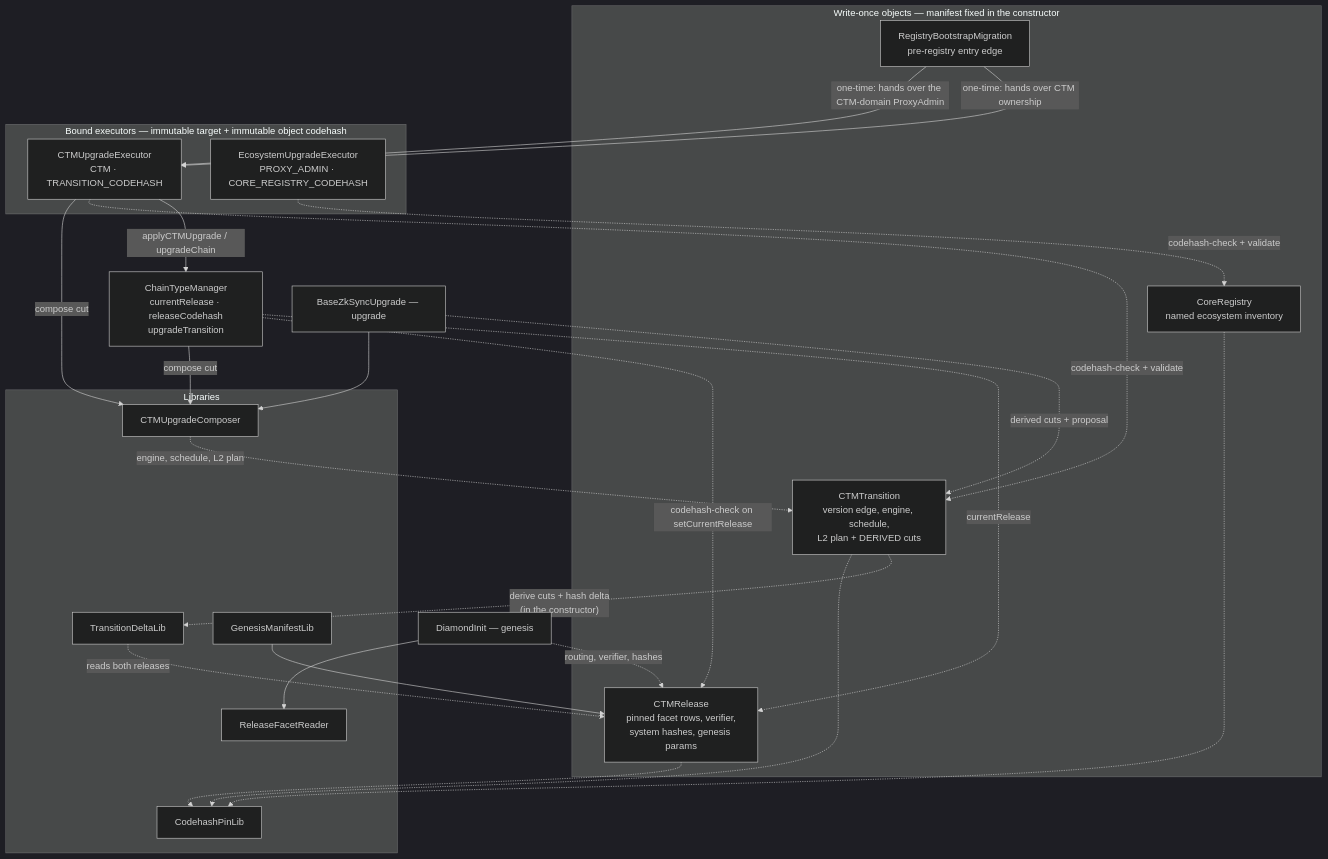
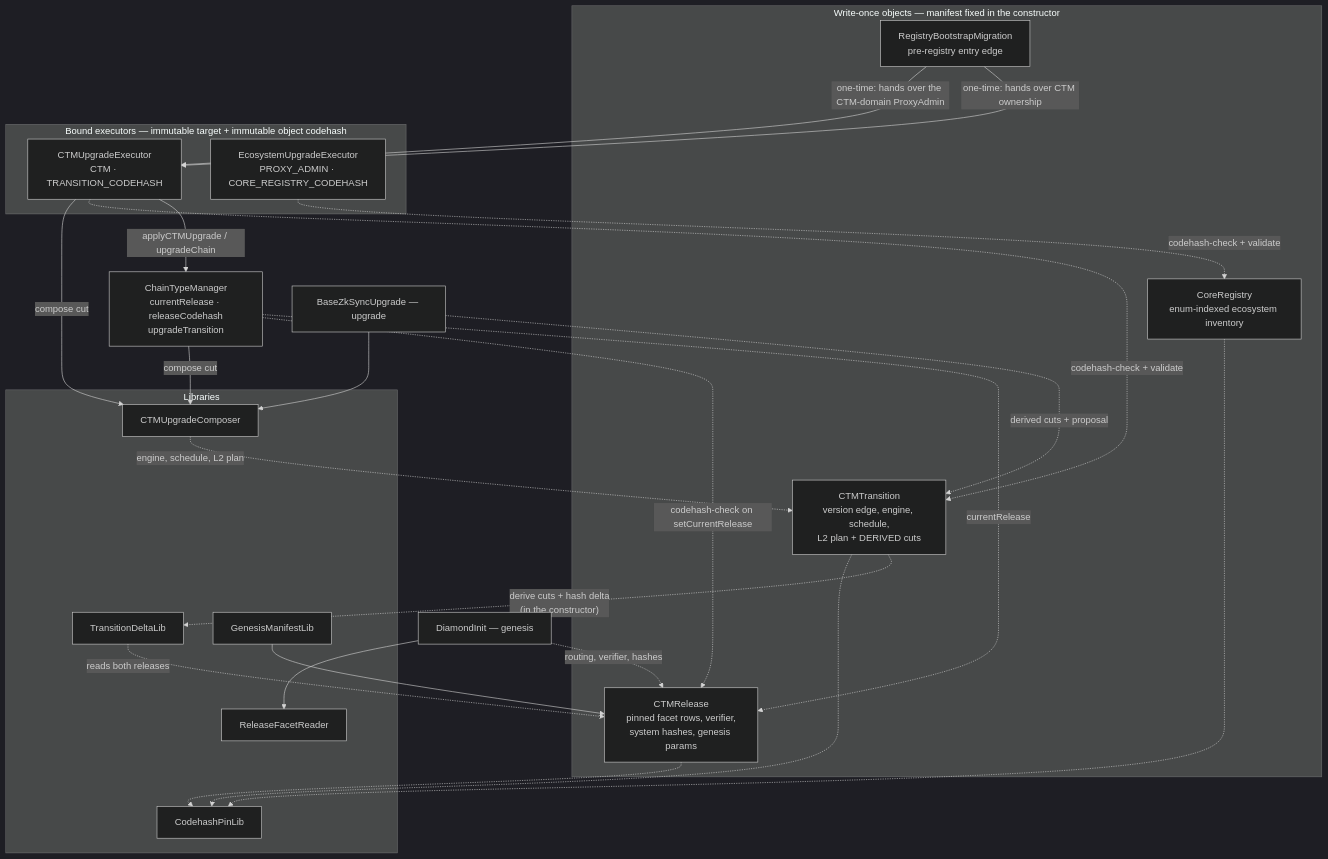
The first of 3 diagrams in docs/registry-driven-upgrades.md (matter-labs/era-contracts), drawn with Mermaid (dark theme) before and after one commit. The commit also changed other lines of this file and 15 other files, not shown here.

````diff
--- a/docs/registry-driven-upgrades.md
+++ b/docs/registry-driven-upgrades.md
@@ -75,51 +85,51 @@
 ```mermaid
 flowchart TB
     subgraph obj["Write-once objects — manifest fixed in the constructor"]
       REL["CTMRelease<br/>pinned facet rows, verifier,<br/>system hashes, genesis params"]
       TRA["CTMTransition<br/>version edge, engine, schedule,<br/>L2 plan + DERIVED cuts"]
-      CR["CoreRegistry<br/>named ecosystem inventory"]
+      CR["CoreRegistry<br/>enum-indexed ecosystem inventory"]
       BOOT["RegistryBootstrapMigration<br/>pre-registry entry edge"]
     end
 
     subgraph exe["Bound executors — immutable target + immutable object codehash"]
       CE["CTMUpgradeExecutor<br/>CTM · TRANSITION_CODEHASH"]
       EE["EcosystemUpgradeExecutor<br/>PROXY_ADMIN · CORE_REGISTRY_CODEHASH"]
     end
 
     subgraph lib["Libraries"]
       TDL["TransitionDeltaLib"]
       RFR["ReleaseFacetReader"]
       CUC["CTMUpgradeComposer"]
       GML["GenesisManifestLib"]
       CPL["CodehashPinLib"]
     end
 
     CTM["ChainTypeManager<br/>currentRelease · releaseCodehash<br/>upgradeTransition"]
     DI["DiamondInit — genesis"]
     BZU["BaseZkSyncUpgrade — upgrade"]
 
     GML --> REL
     TRA -. "derive cuts + hash delta<br/>(in the constructor)" .-> TDL
     TDL -. "reads both releases" .-> REL
 
     CE -- "applyCTMUpgrade / upgradeChain" --> CTM
     CE -. "codehash-check + validate" .-> TRA
     EE -. "codehash-check + validate" .-> CR
     BOOT -- "one-time: hands over CTM ownership" --> CE
     BOOT -- "one-time: hands over the CTM-domain ProxyAdmin" --> CE
 
     CTM -. currentRelease .-> REL
     CTM -. "codehash-check on setCurrentRelease" .-> REL
     CTM -- "compose cut" --> CUC
     CE -- "compose cut" --> CUC
     CUC -. "engine, schedule, L2 plan" .-> TRA
 
     DI -. "routing, verifier, hashes" .-> REL
     DI --> RFR
     BZU -. "derived cuts + proposal" .-> TRA
     BZU --> CUC
 
     REL -.-> CPL
     TRA -.-> CPL
     CR -.-> CPL
 ```
````
